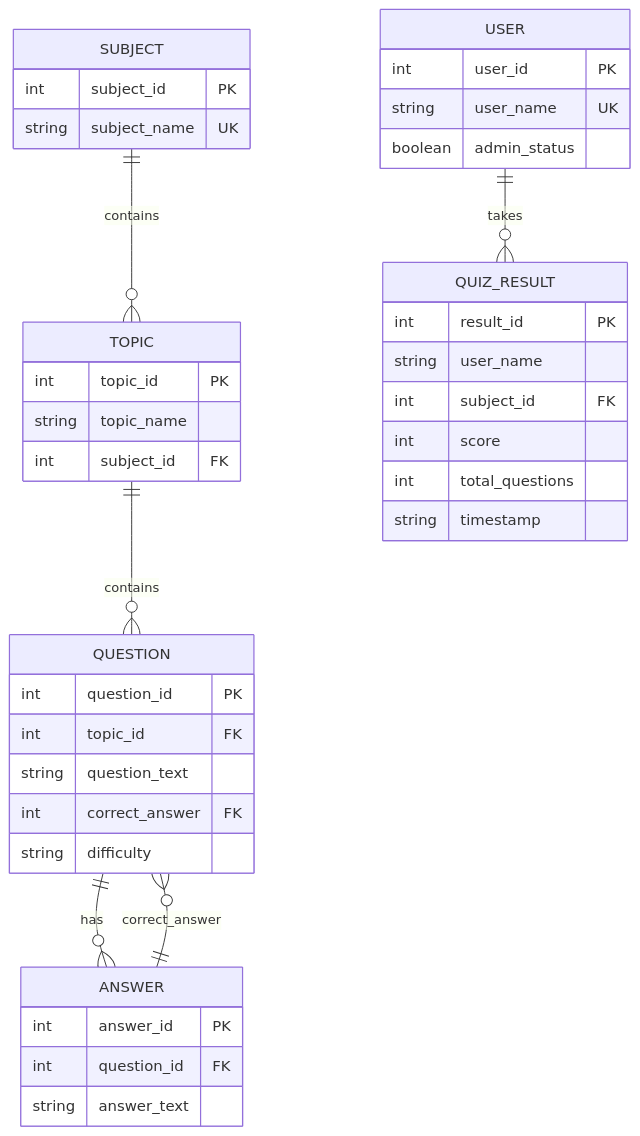
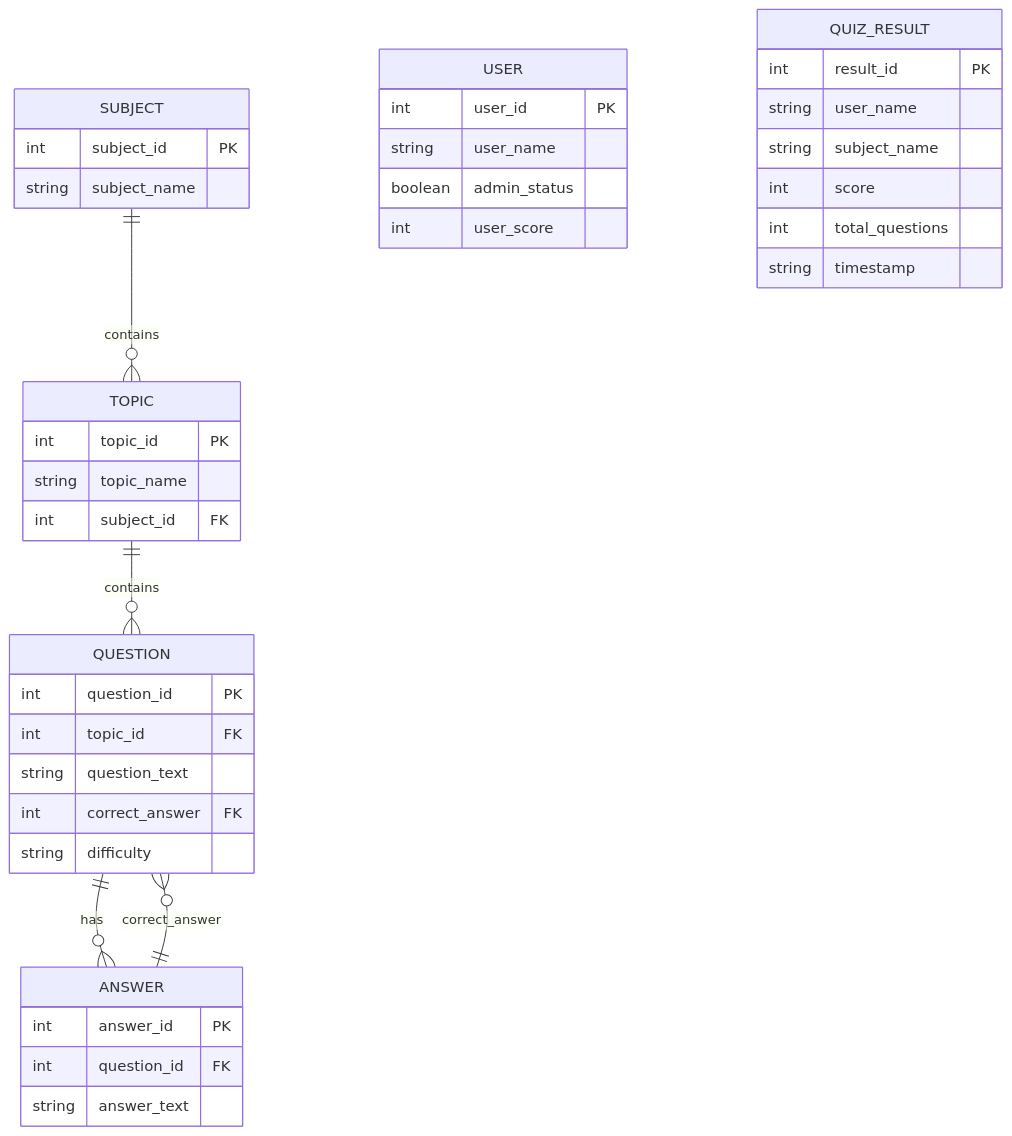
One commit to chdl91/Project_PF_adv changed the first of 5 diagrams in docs/architecture-diagrams/DIAGRAMS.md. Above: the diagram before and after it, drawn with Mermaid. The commit also changed other lines of this file and 24 other files, not shown here.

````diff
--- a/docs/architecture-diagrams/DIAGRAMS.md
+++ b/docs/architecture-diagrams/DIAGRAMS.md
@@ -13,43 +13,46 @@
 ```mermaid
+---
+id: 054dd15a-98cd-4a92-bd95-658cbfa984a0
+---
 erDiagram
     SUBJECT {
         int subject_id PK
-        string subject_name UK
+        string subject_name
     }
     TOPIC {
         int topic_id PK
         string topic_name
         int subject_id FK
     }
     QUESTION {
         int question_id PK
         int topic_id FK
         string question_text
         int correct_answer FK
         string difficulty
     }
     ANSWER {
         int answer_id PK
         int question_id FK
         string answer_text
     }
     USER {
         int user_id PK
-        string user_name UK
+        string user_name
         boolean admin_status
+        int user_score
     }
     QUIZ_RESULT {
         int result_id PK
         string user_name
-        int subject_id FK
+        string subject_name
         int score
         int total_questions
         string timestamp
     }
 
-    SUBJECT  ||--o{ TOPIC       : "contains"
-    TOPIC    ||--o{ QUESTION    : "contains"
-    QUESTION ||--o{ ANSWER      : "has"
-    QUESTION }o--|| ANSWER      : "correct_answer"
-    USER     ||--o{ QUIZ_RESULT : "takes"
+    SUBJECT  ||--o{ TOPIC    : "contains"
+    TOPIC    ||--o{ QUESTION : "contains"
+    QUESTION ||--o{ ANSWER   : "has"
+    QUESTION }o--|| ANSWER   : "correct_answer"
 ```
````
